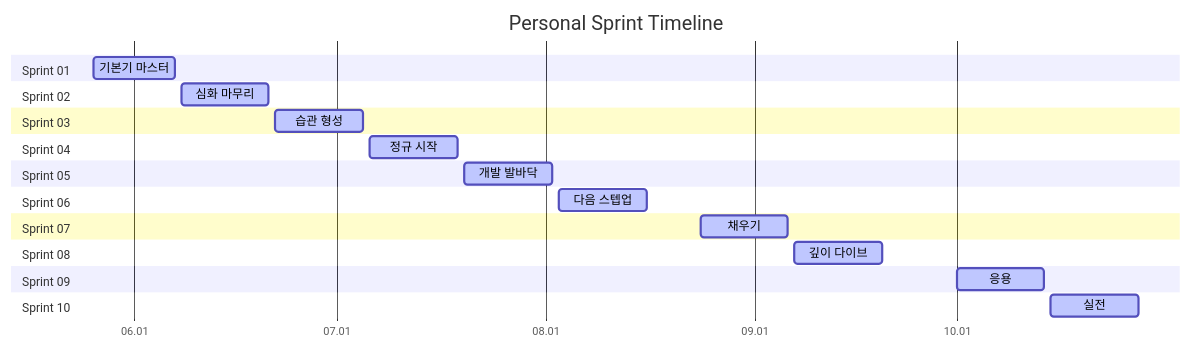
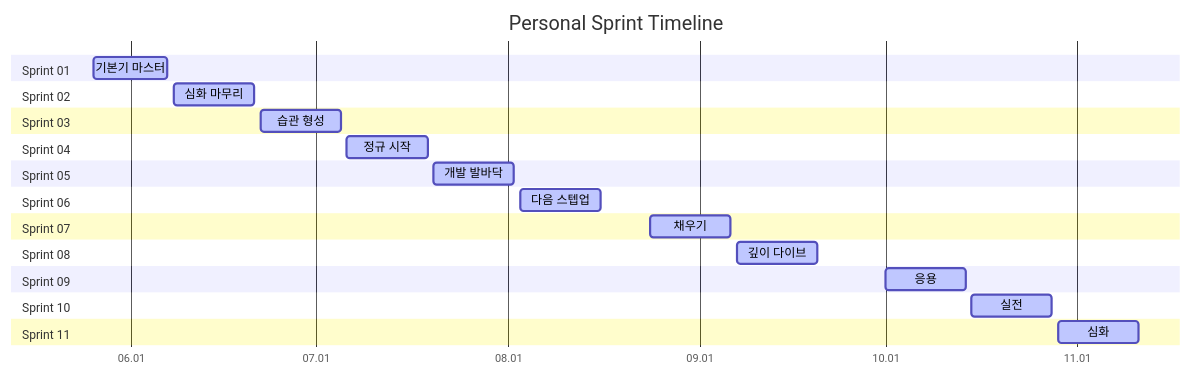
The diagram in README.md (Vryez11/personal-sprint), drawn with Mermaid before and after one commit. The commit also changed other lines of this file and 2 other files, not shown here.

Commit message:
sprint11: 구조 생성

````diff
--- a/README.md
+++ b/README.md
@@ -12,26 +12,28 @@
 ```mermaid
 gantt
     title Personal Sprint Timeline
     dateFormat YYYY-MM-DD
     axisFormat %m.%d
     section Sprint 01
     기본기 마스터 :active, s1, 2026-05-26, 2026-06-07
     section Sprint 02
     심화 마무리 :active, s2, 2026-06-08, 2026-06-21
     section Sprint 03
     습관 형성 :active, s3, 2026-06-22, 2026-07-05
     section Sprint 04
     정규 시작 :active, s4, 2026-07-06, 2026-07-19
     section Sprint 05
     개발 발바닥 :active, s5, 2026-07-20, 2026-08-02
     section Sprint 06
     다음 스텝업 :active, s6, 2026-08-03, 2026-08-16
     section Sprint 07
     채우기 :active, s7, 2026-08-24, 2026-09-06
     section Sprint 08
     깊이 다이브 :active, s8, 2026-09-07, 2026-09-20
     section Sprint 09
     응용 :active, s9, 2026-10-01, 2026-10-14
     section Sprint 10
     실전 :active, s10, 2026-10-15, 2026-10-28
+    section Sprint 11
+    심화 :active, s11, 2026-10-29, 2026-11-11
 ```
````
